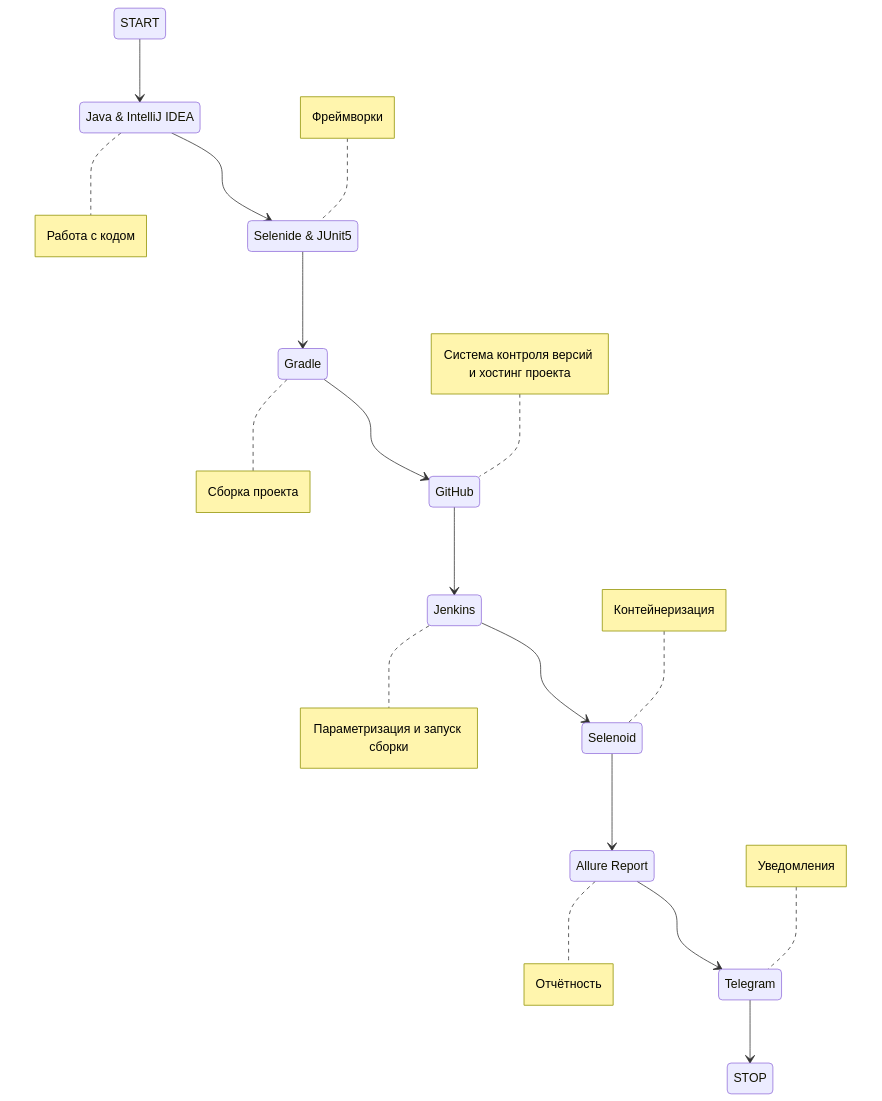
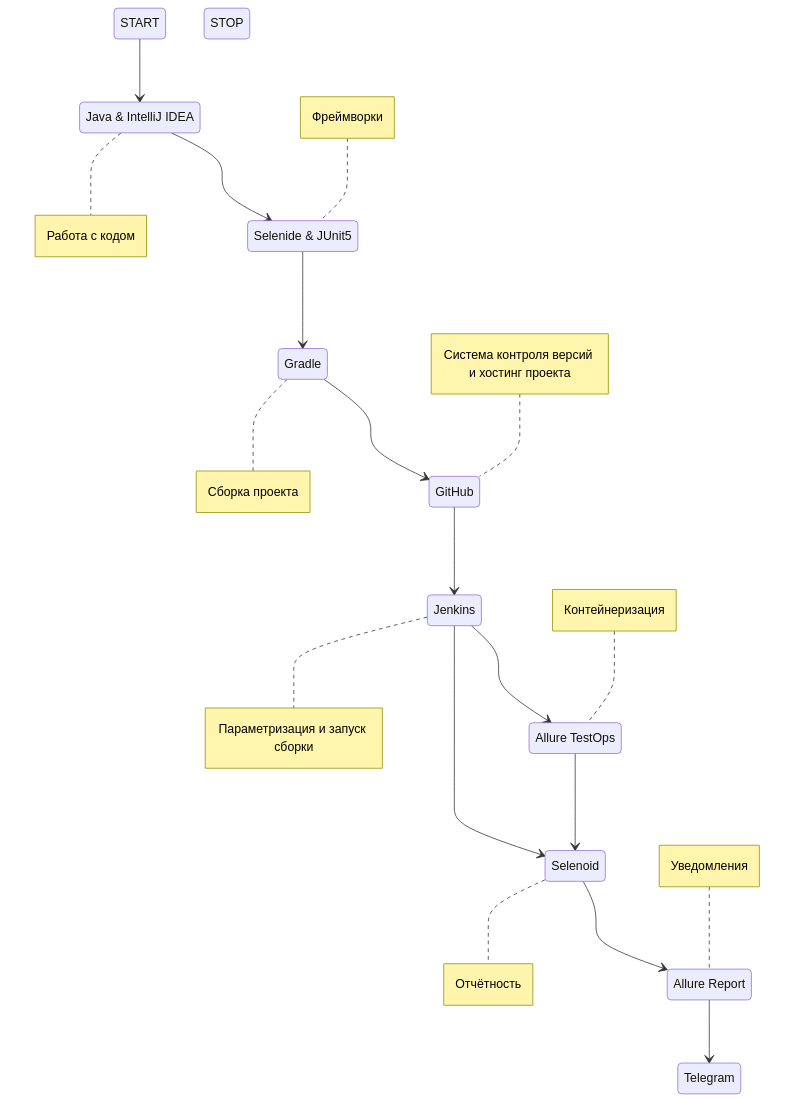
The diagram in README.md (ddmitrishin/ui_diploma), drawn with Mermaid before and after one commit.

Commit message:
refactor readmy

````diff
--- a/README.md
+++ b/README.md
@@ -47,30 +47,32 @@
 ```mermaid        
     stateDiagram-v2
         State1: START
         State2: Java & IntelliJ IDEA
         State3: Selenide & JUnit5
         State4: Gradle
         State5: GitHub
         State6: Jenkins
-        State7: Selenoid
-        State8: Allure Report
-        State9: Telegram
-        State10: STOP
+        State7: Allure TestOps
+        State8: Selenoid
+        State9: Allure Report
+        State10: Telegram
+        State11: STOP
         State1 --> State2
         State2 --> State3
         State3 --> State4
         State4 --> State5
         State5 --> State6
         State6 --> State7
+        State6 --> State8
         State7 --> State8
         State8 --> State9
         State9 --> State10
         note right of State2 : Работа с кодом
         note left of State3 : Фреймворки
         note right of State4 : Сборка проекта
         note left of State5 : Система контроля версий и хостинг проекта
         note right of State6 : Параметризация и запуск сборки
         note left of State7 : Контейнеризация
         note right of State8 : Отчётность
         note left of State9 : Уведомления
 ```
````
